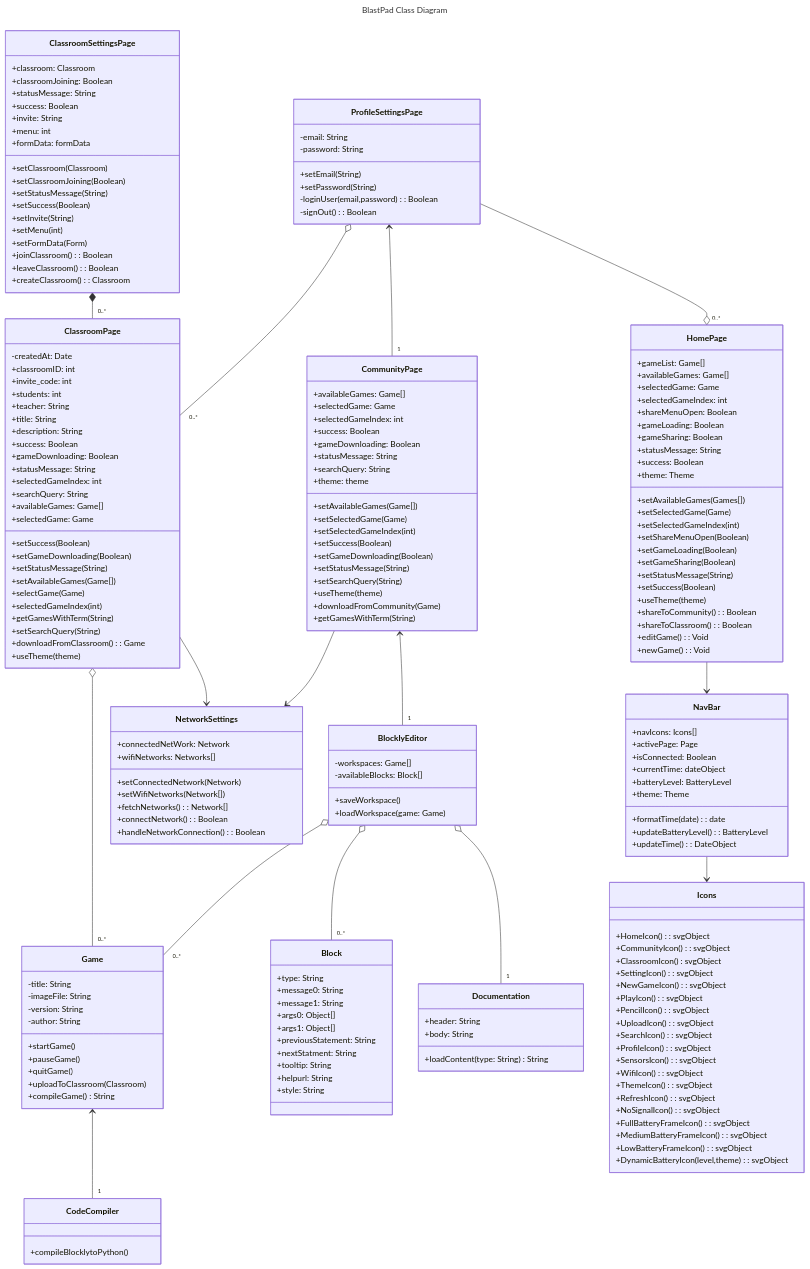
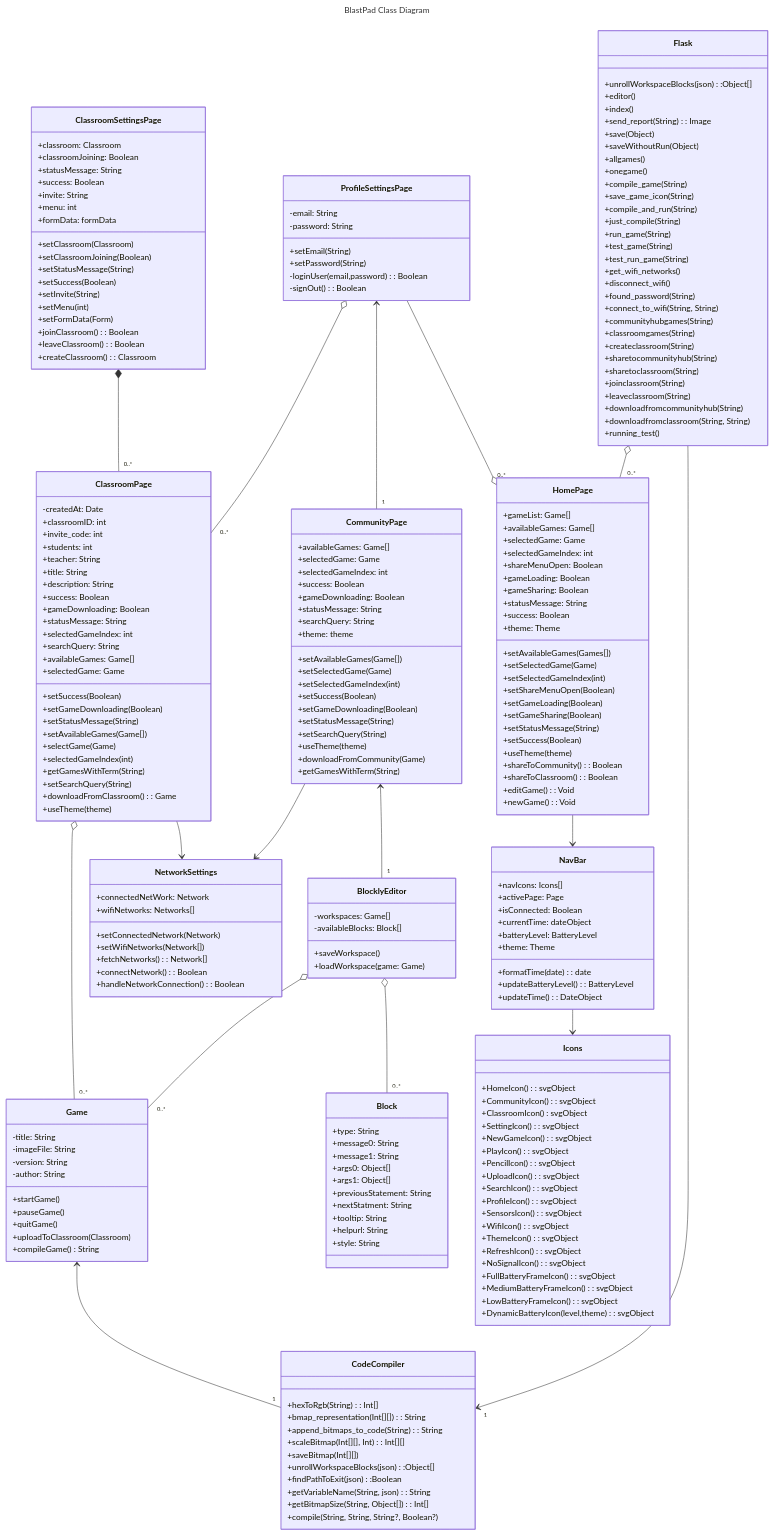
Before and after one commit to Capstone-Projects-2024-Spring/project-blastpad: the diagram in documentation/docs/system-architecture/class-diagram.md, drawn with Mermaid. The commit also changed other lines of this file, not shown here.

Commit message:
Updated Class Diagram

````diff
--- a/documentation/docs/system-architecture/class-diagram.md
+++ b/documentation/docs/system-architecture/class-diagram.md
@@ -11,15 +11,18 @@
 classDiagram
     BlocklyEditor o-- "0..*" Game
 	ClassroomPage o-- "0..*" Game
+    Flask o-- "0..*" HomePage
+    Flask --> "1" CodeCompiler
+
 	ProfileSettingsPage --o "0..*" HomePage
 	BlocklyEditor o-- "0..*" Block
 	ProfileSettingsPage o-- "0..*" ClassroomPage
-	BlocklyEditor o-- "1" Documentation
 	CommunityPage <-- "1" BlocklyEditor	
 	ClassroomSettingsPage *-- "0..*" ClassroomPage
 	ProfileSettingsPage <-- "1" CommunityPage
 	CommunityPage --> NetworkSettings	
 	Game <-- "1" CodeCompiler
+
 	NavBar --> Icons
 	HomePage --> NavBar
 	ClassroomPage --> NetworkSettings
@@ -202,13 +205,48 @@
 		+updateBatteryLevel(): BatteryLevel
 		+updateTime(): DateObject
 	}
-    class Documentation {
-		+header: String
-    	+body: String
+	class CodeCompiler {
+		+hexToRgb(String): Int[]
+        +bmap_representation(Int[][]): String
+        +append_bitmaps_to_code(String): String
+        +scaleBitmap(Int[][], Int): Int[][]
+        +saveBitmap(Int[][])
+        +unrollWorkspaceBlocks(json):Object[]
+        +findPathToExit(json):Boolean
+        +getVariableName(String, json): String
+        +getBitmapSize(String, Object[]): Int[]
+        +compile(String, String, String?, Boolean?)
+	}
 
-		+loadContent(type: String) String
-	}
-	class CodeCompiler {
-		+compileBlocklytoPython()
+	class Flask {
+        +unrollWorkspaceBlocks(json):Object[]
+        +editor()
+        +index()
+        +send_report(String): Image
+        +save(Object)
+        +saveWithoutRun(Object)
+        +allgames()
+        +onegame()
+        +compile_game(String)
+        +save_game_icon(String)
+        +compile_and_run(String)
+        +just_compile(String)
+        +run_game(String)
+        +test_game(String)
+        +test_run_game(String)
+        +get_wifi_networks()
+        +disconnect_wifi()
+        +found_password(String)
+        +connect_to_wifi(String, String)
+        +communityhubgames(String)
+        +classroomgames(String)
+        +createclassroom(String)
+        +sharetocommunityhub(String)
+        +sharetoclassroom(String)
+        +joinclassroom(String)
+        +leaveclassroom(String)
+        +downloadfromcommunityhub(String)
+        +downloadfromclassroom(String, String)
+        +running_test()
 	}
 ```
````
